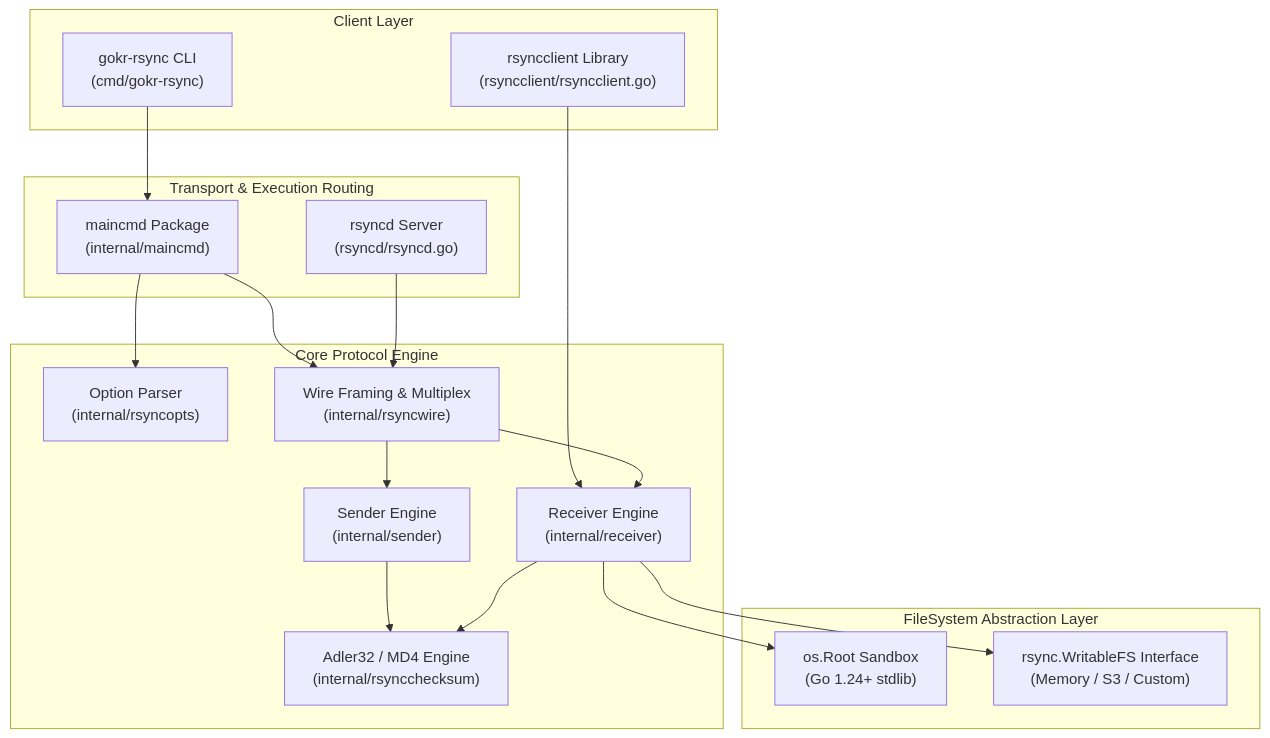
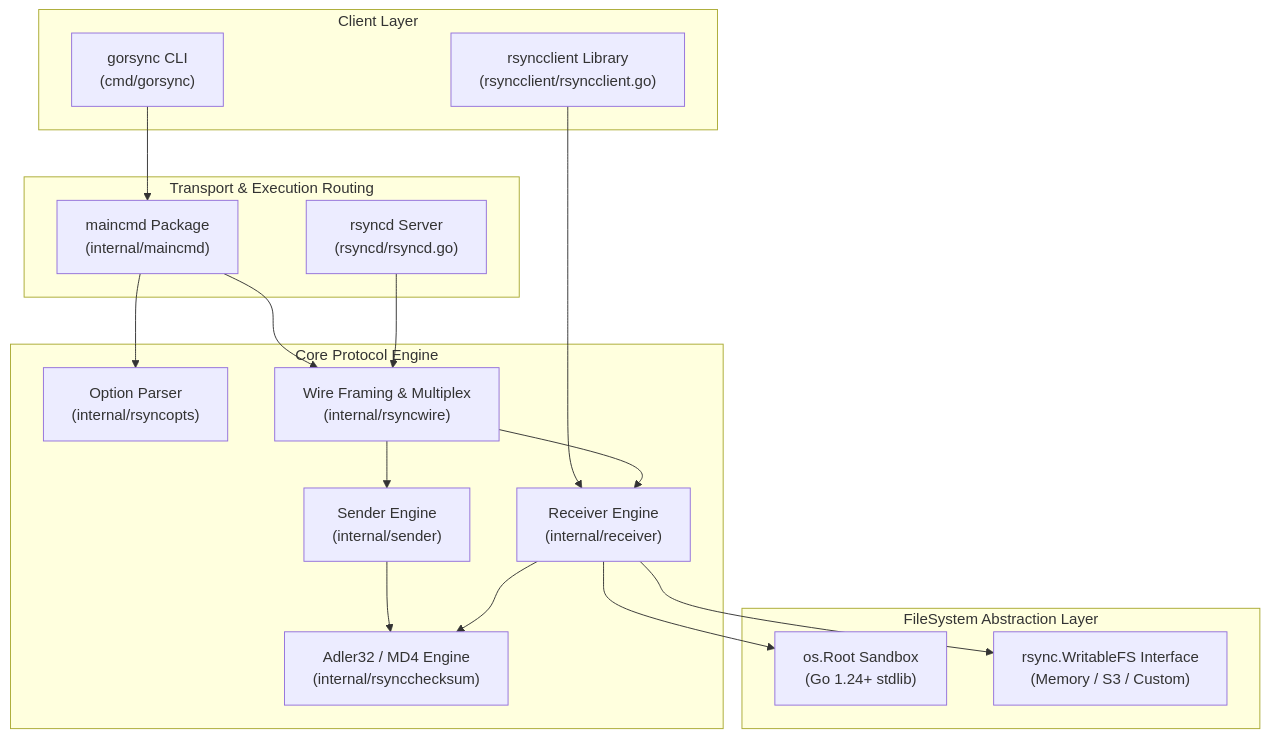
Before and after one commit to edsilegxrepo/gorsync: the first of 5 diagrams in ARCHITECTURE.md, drawn with Mermaid. The commit also changed other lines of this file and 14 other files, not shown here.

````diff
--- a/ARCHITECTURE.md
+++ b/ARCHITECTURE.md
@@ -12,37 +12,37 @@
 ```mermaid
 graph TD
     subgraph Clients ["Client Layer"]
-        CLI["gokr-rsync CLI<br/>(cmd/gokr-rsync)"]
+        CLI["gorsync CLI<br/>(cmd/gorsync)"]
         API["rsyncclient Library<br/>(rsyncclient/rsyncclient.go)"]
     end
 
     subgraph Transport ["Transport & Execution Routing"]
         MainCmd["maincmd Package<br/>(internal/maincmd)"]
         Daemon["rsyncd Server<br/>(rsyncd/rsyncd.go)"]
     end
 
     subgraph CoreEngine ["Core Protocol Engine"]
         Opts["Option Parser<br/>(internal/rsyncopts)"]
         Wire["Wire Framing & Multiplex<br/>(internal/rsyncwire)"]
         Sender["Sender Engine<br/>(internal/sender)"]
         Receiver["Receiver Engine<br/>(internal/receiver)"]
         Checksum["Adler32 / MD4 Engine<br/>(internal/rsyncchecksum)"]
     end
 
     subgraph Abstraction ["FileSystem Abstraction Layer"]
         OSRoot["os.Root Sandbox<br/>(Go 1.24+ stdlib)"]
         VirtFS["rsync.WritableFS Interface<br/>(Memory / S3 / Custom)"]
     end
 
     CLI --> MainCmd
     API --> Receiver
     MainCmd --> Opts
     MainCmd --> Wire
     Daemon --> Wire
     Wire --> Sender
     Wire --> Receiver
     Sender --> Checksum
     Receiver --> Checksum
     Receiver --> OSRoot
     Receiver --> VirtFS
 ```
````
